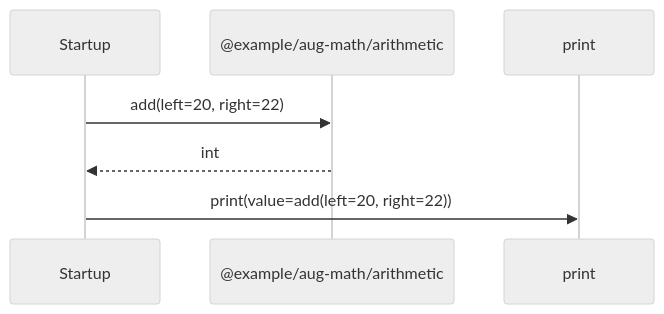
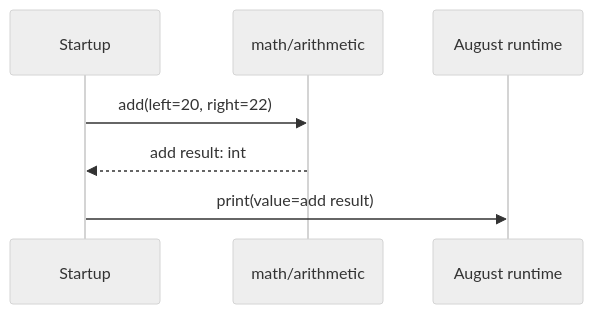
Before and after one commit to GreenPandaStudios/augscript: the diagram in docs/examples/packages-app/main-diagrams.md, drawn with Mermaid (neutral theme). The commit also changed other lines of this file and 304 other files, not shown here.

Commit message:
Make generated data-flow sequences concise and review every diagram

````diff
--- a/docs/examples/packages-app/main-diagrams.md
+++ b/docs/examples/packages-app/main-diagrams.md
@@ -39,9 +28,9 @@
 ```mermaid
 sequenceDiagram
     participant p0 as Startup
-    participant p1 as @example/aug-math/arithmetic
-    participant p2 as print
+    participant p1 as math/arithmetic
+    participant p2 as August runtime
     p0->>p1: add(left=20, right=22)
-    p1-->>p0: int
-    p0->>p2: print(value=add(left=20, right=22))
+    p1-->>p0: add result: int
+    p0->>p2: print(value=add result)
 ```
````
